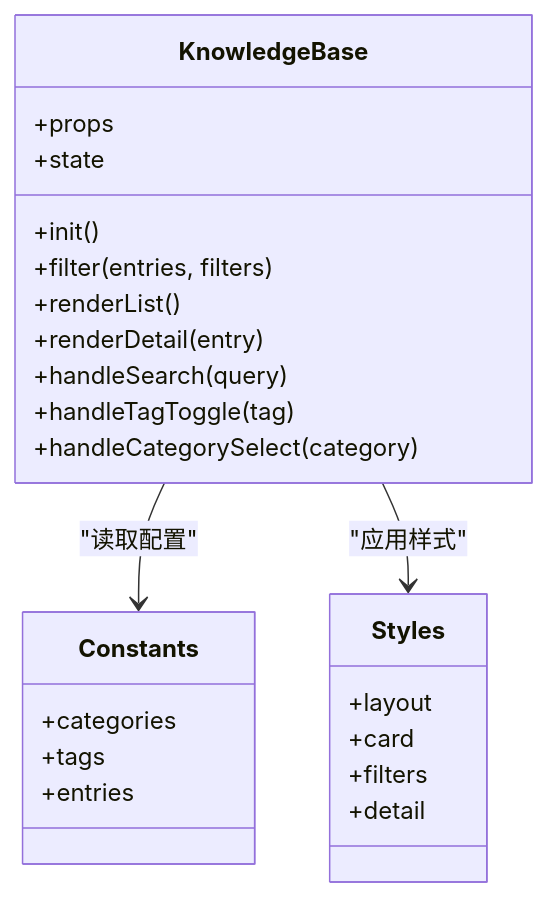
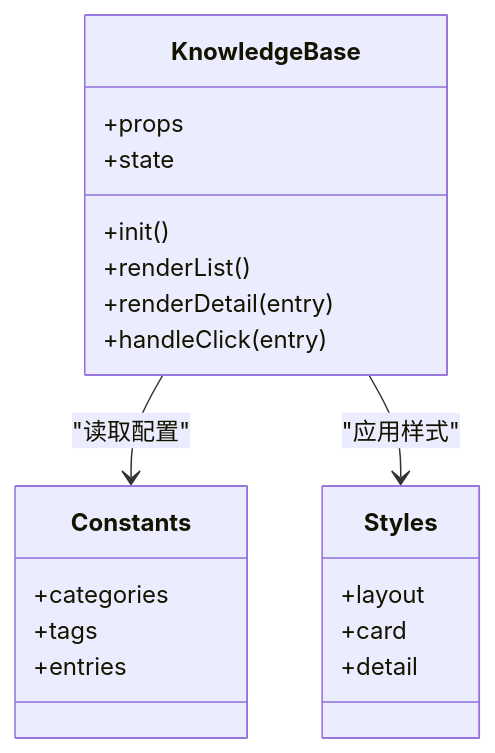
One commit to lithos666/lithos666.github.io changed the third of 4 diagrams in .qoder/repowiki/zh/content/核心功能模块/知识基础组件.md. Above: the diagram before and after it, drawn with Mermaid. The commit also changed other lines of this file and 30 other files, not shown here.

````diff
--- a/.qoder/repowiki/zh/content/核心功能模块/知识基础组件.md
+++ b/.qoder/repowiki/zh/content/核心功能模块/知识基础组件.md
@@ -162,27 +160,23 @@
 ```mermaid
 classDiagram
 class KnowledgeBase {
 +props
 +state
 +init()
-+filter(entries, filters)
 +renderList()
 +renderDetail(entry)
-+handleSearch(query)
-+handleTagToggle(tag)
-+handleCategorySelect(category)
++handleClick(entry)
 }
 class Constants {
 +categories
 +tags
 +entries
 }
 class Styles {
 +layout
 +card
-+filters
 +detail
 }
 KnowledgeBase --> Constants : "读取配置"
 KnowledgeBase --> Styles : "应用样式"
 ```
````
